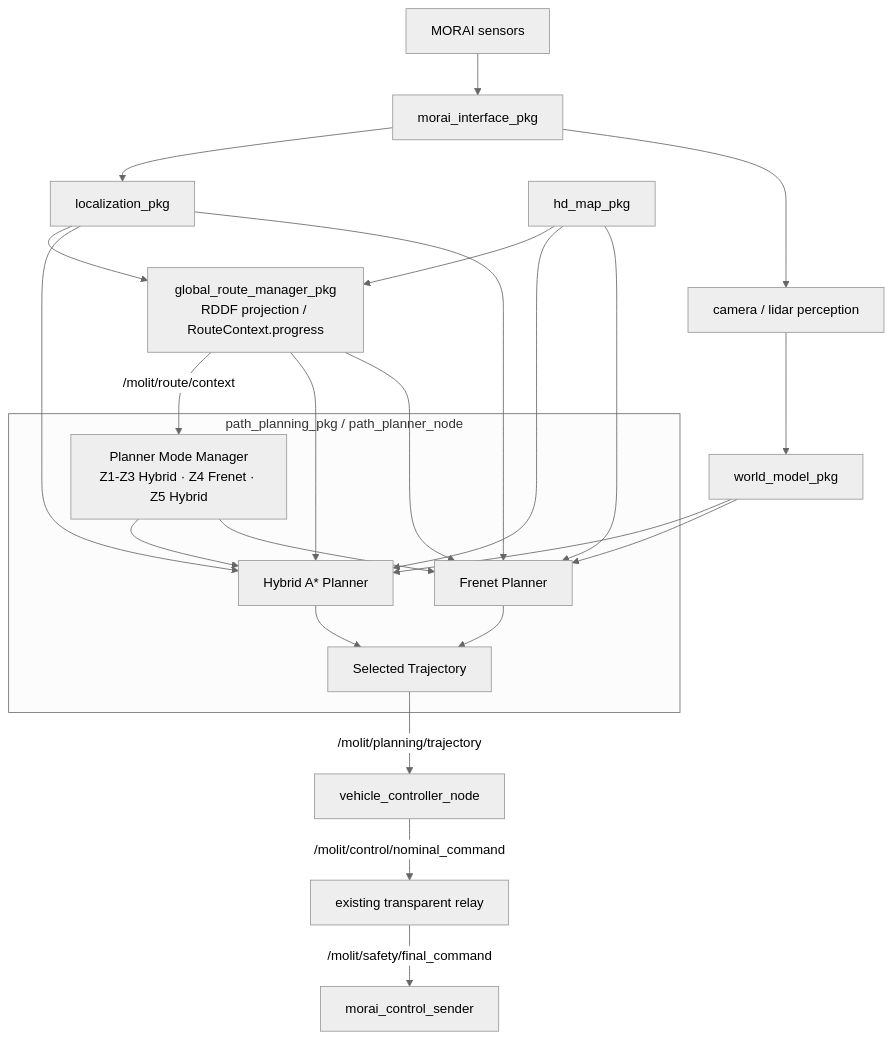
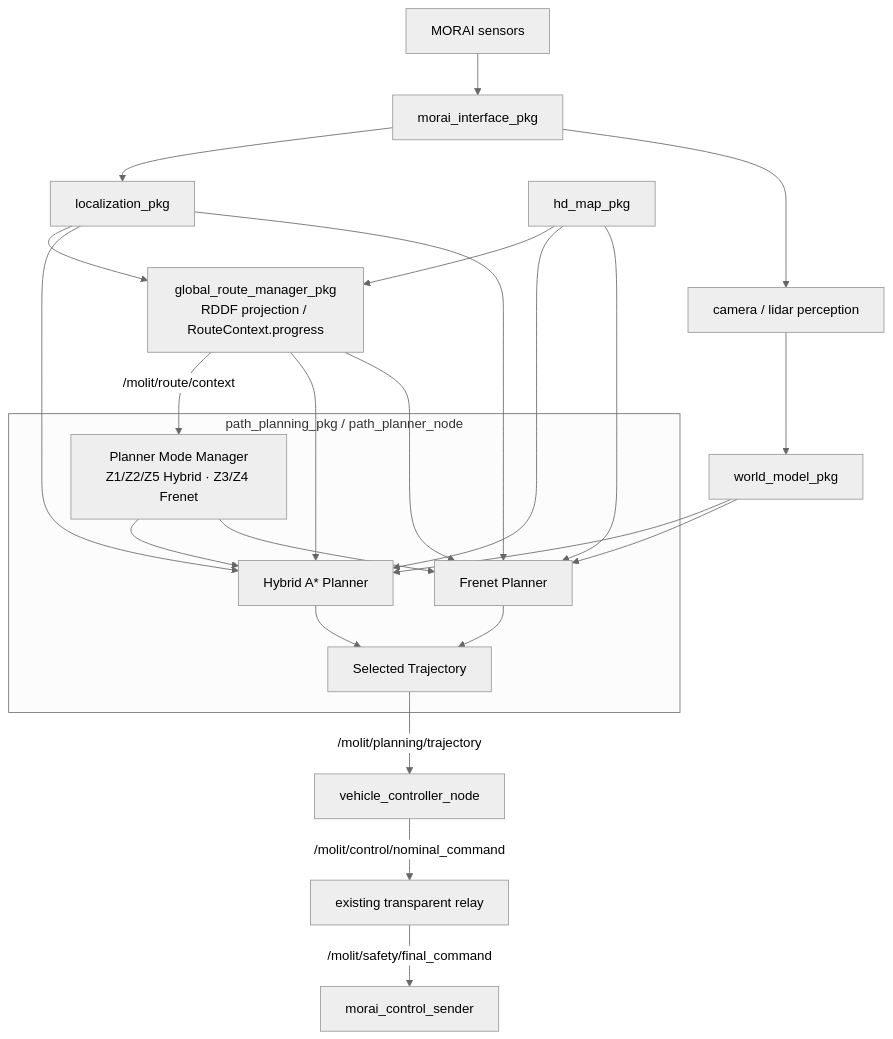
The diagram in src/ros_architecture_pkg/docs/planner_mode_architecture.mmd (Team-Stier/Morai_Sim_team2), drawn with Mermaid (neutral theme) before and after one commit. The commit also changed 7 other files, not shown here.

```diff
--- a/src/ros_architecture_pkg/docs/planner_mode_architecture.mmd
+++ b/src/ros_architecture_pkg/docs/planner_mode_architecture.mmd
@@ -1,31 +1,31 @@
 flowchart TB
   S["MORAI sensors"] --> I["morai_interface_pkg"]
   I --> L["localization_pkg"]
   I --> P["camera / lidar perception"]
   P --> W["world_model_pkg"]
   M["hd_map_pkg"] --> R["global_route_manager_pkg<br/>RDDF projection / RouteContext.progress"]
   L --> R
 
   subgraph PP["path_planning_pkg / path_planner_node"]
-    PM["Planner Mode Manager<br/>Z1-Z3 Hybrid · Z4 Frenet · Z5 Hybrid"]
+    PM["Planner Mode Manager<br/>Z1/Z2/Z5 Hybrid · Z3/Z4 Frenet"]
     H["Hybrid A* Planner"]
     F["Frenet Planner"]
     O["Selected Trajectory"]
     PM --> H
     PM --> F
     H --> O
     F --> O
   end
 
   R -->|"/molit/route/context"| PM
   M --> H
   M --> F
   L --> H
   L --> F
   R --> H
   R --> F
   W --> H
   W --> F
   O -->|"/molit/planning/trajectory"| C["vehicle_controller_node"]
   C -->|"/molit/control/nominal_command"| X["existing transparent relay"]
   X -->|"/molit/safety/final_command"| TX["morai_control_sender"]
```
